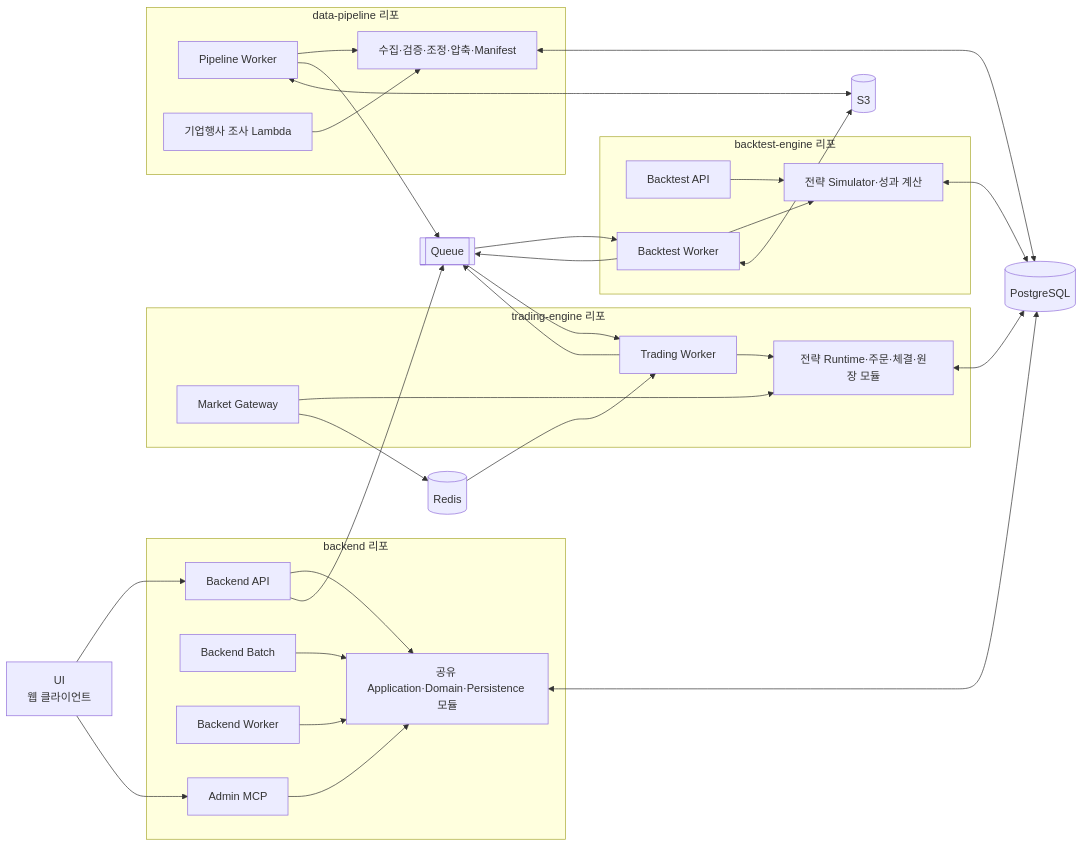
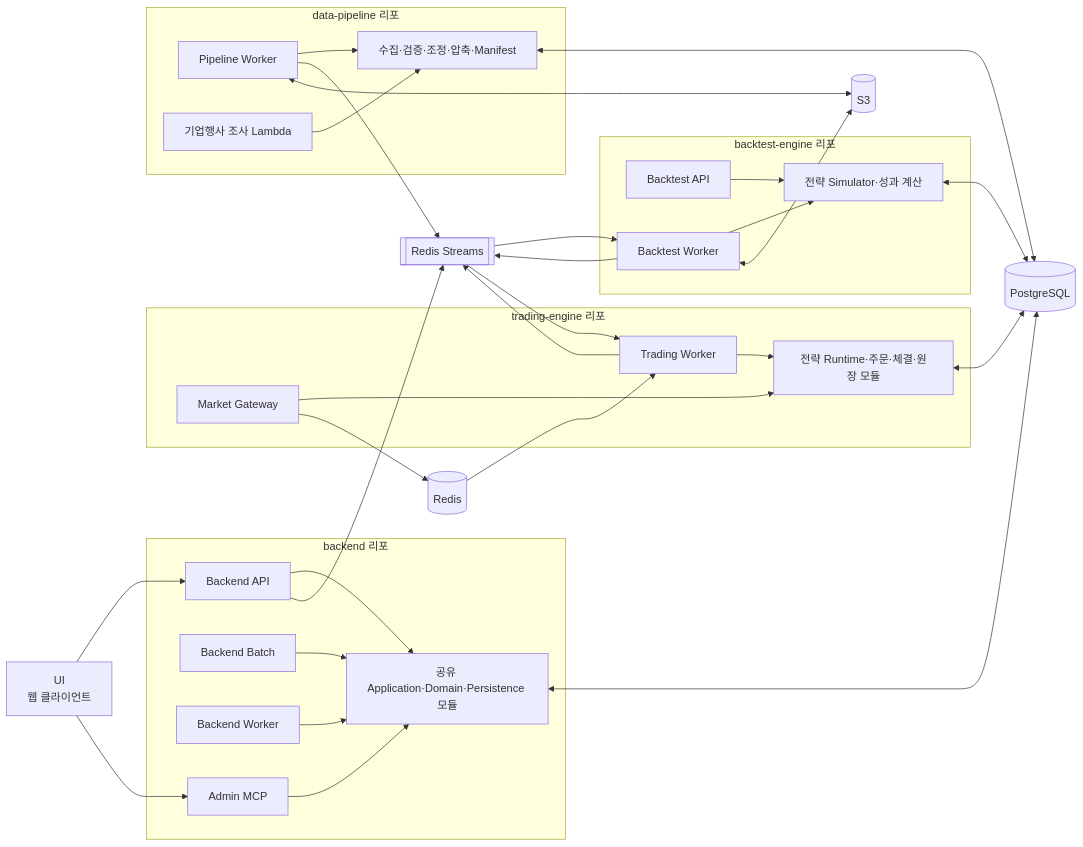
The second of 5 diagrams in docs/infrastructure/backend-and-aws-architecture.md (Idea2Strategy/Idea2Strategy), drawn with Mermaid before and after one commit. The commit also changed other lines of this file and 22 other files, not shown here.

````diff
--- a/docs/infrastructure/backend-and-aws-architecture.md
+++ b/docs/infrastructure/backend-and-aws-architecture.md
@@ -204,66 +205,66 @@
 ```mermaid
 flowchart LR
     UI["UI\n웹 클라이언트"]
 
     subgraph BackendRepo["backend 리포"]
         API["Backend API"]
         Batch["Backend Batch"]
         AsyncWorker["Backend Worker"]
         MCP["Admin MCP"]
         BackendShared["공유 Application·Domain·Persistence 모듈"]
     end
 
     subgraph TradingRepo["trading-engine 리포"]
         Gateway["Market Gateway"]
         Trader["Trading Worker"]
         TradingShared["전략 Runtime·주문·체결·원장 모듈"]
     end
 
     subgraph BacktestRepo["backtest-engine 리포"]
         BTApi["Backtest API"]
         BTWorker["Backtest Worker"]
         BTEngine["전략 Simulator·성과 계산"]
     end
 
     subgraph PipelineRepo["data-pipeline 리포"]
         Pipeline["Pipeline Worker"]
         CorpLambda["기업행사 조사 Lambda"]
         PipelineCore["수집·검증·조정·압축·Manifest"]
     end
 
     DB[("PostgreSQL")]
     Cache[("Redis")]
     Objects[("S3")]
-    Queue[["Queue"]]
+    Queue[["Redis Streams"]]
 
     UI --> API
     UI --> MCP
 
     API --> BackendShared
     Batch --> BackendShared
     AsyncWorker --> BackendShared
     MCP --> BackendShared
 
     Gateway --> TradingShared
     Trader --> TradingShared
     BTApi --> BTEngine
     BTWorker --> BTEngine
     Pipeline --> PipelineCore
     CorpLambda --> PipelineCore
 
     BackendShared <--> DB
     TradingShared <--> DB
     BTEngine <--> DB
     PipelineCore <--> DB
 
     Gateway --> Cache --> Trader
     API --> Queue
     Queue --> Trader
     Queue --> BTWorker
     Trader --> Queue
     BTWorker --> Queue
     Pipeline --> Queue
 
     BTWorker <--> Objects
     Pipeline <--> Objects
 ```
````
